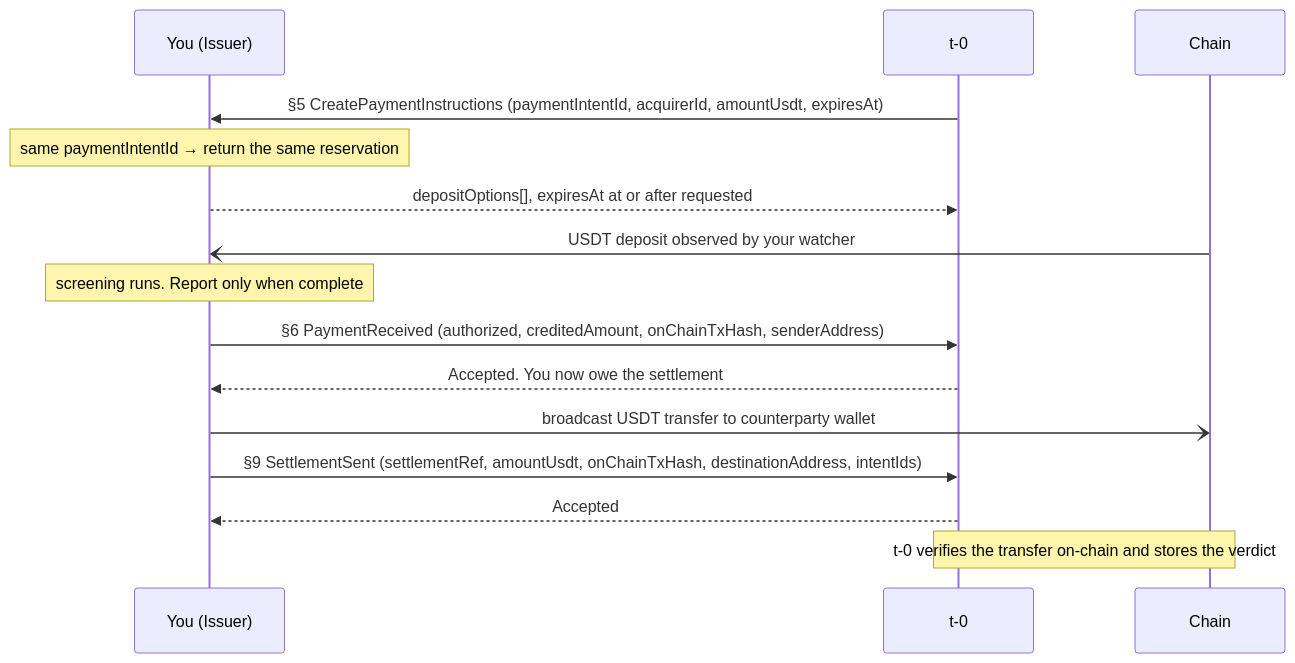
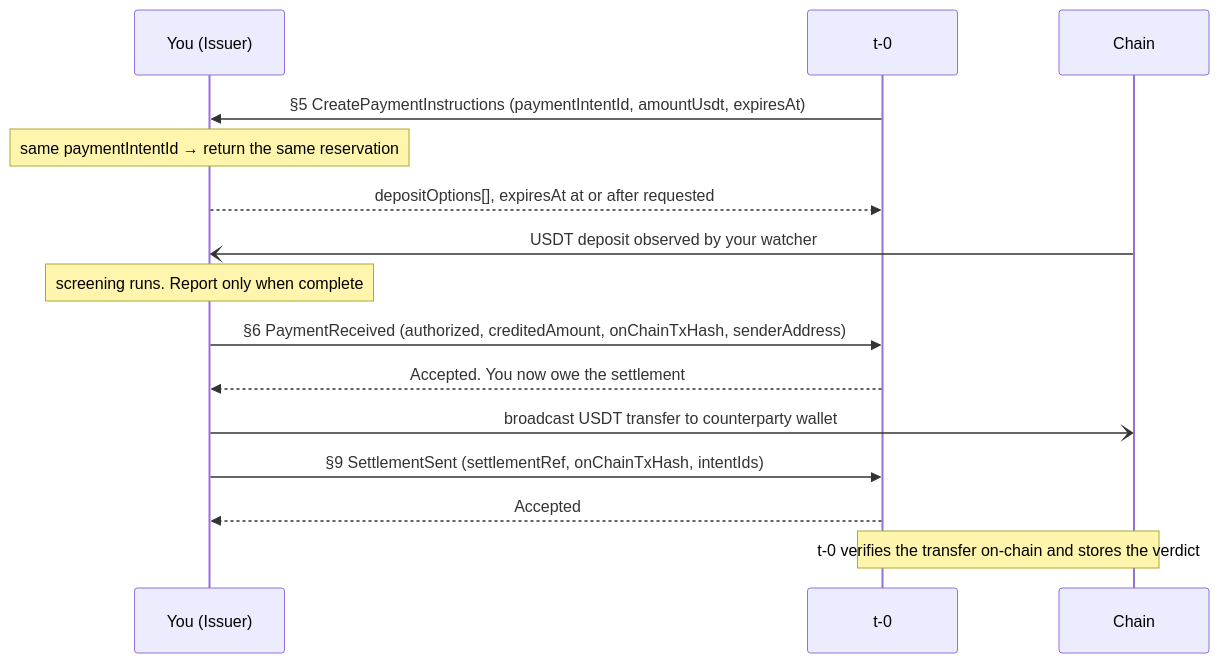
One commit to t-0-network/usdt-pay-docs changed the diagram in content/docs/payments/issuer.md. Above: the diagram before and after it, drawn with Mermaid. The commit also changed other lines of this file and 2 other files, not shown here.

First line of the commit message:
docs: trim diagram labels and fix stop-slop issues in role pages

````diff
--- a/content/docs/payments/issuer.md
+++ b/content/docs/payments/issuer.md
@@ -33,17 +33,17 @@
 ```mermaid
 sequenceDiagram
     participant ISS as You (Issuer)
     participant T0 as t-0
     participant BC as Chain
-    T0->>ISS: §5 CreatePaymentInstructions (paymentIntentId, acquirerId, amountUsdt, expiresAt)
+    T0->>ISS: §5 CreatePaymentInstructions (paymentIntentId, amountUsdt, expiresAt)
     Note over ISS: same paymentIntentId → return the same reservation
     ISS-->>T0: depositOptions[], expiresAt at or after requested
     BC-)ISS: USDT deposit observed by your watcher
     Note over ISS: screening runs. Report only when complete
     ISS->>T0: §6 PaymentReceived (authorized, creditedAmount, onChainTxHash, senderAddress)
     T0-->>ISS: Accepted. You now owe the settlement
     ISS-)BC: broadcast USDT transfer to counterparty wallet
-    ISS->>T0: §9 SettlementSent (settlementRef, amountUsdt, onChainTxHash, destinationAddress, intentIds)
+    ISS->>T0: §9 SettlementSent (settlementRef, onChainTxHash, intentIds)
     T0-->>ISS: Accepted
     Note over T0,BC: t-0 verifies the transfer on-chain and stores the verdict
 ```
````
